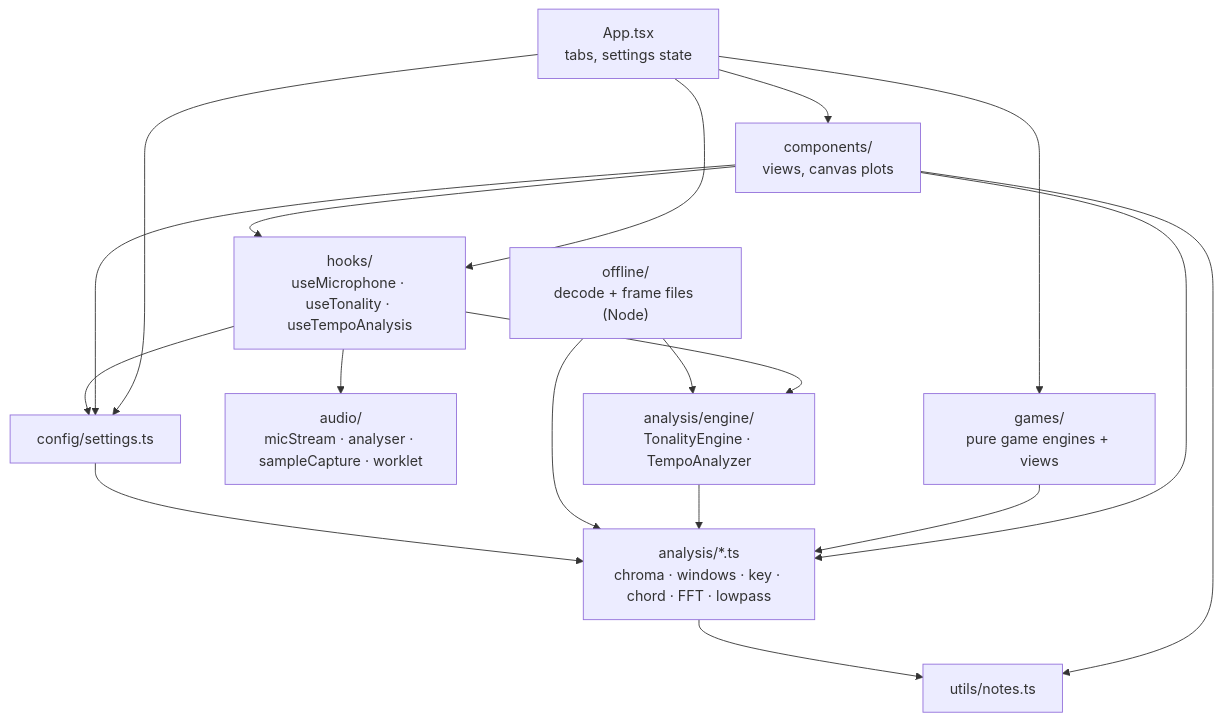
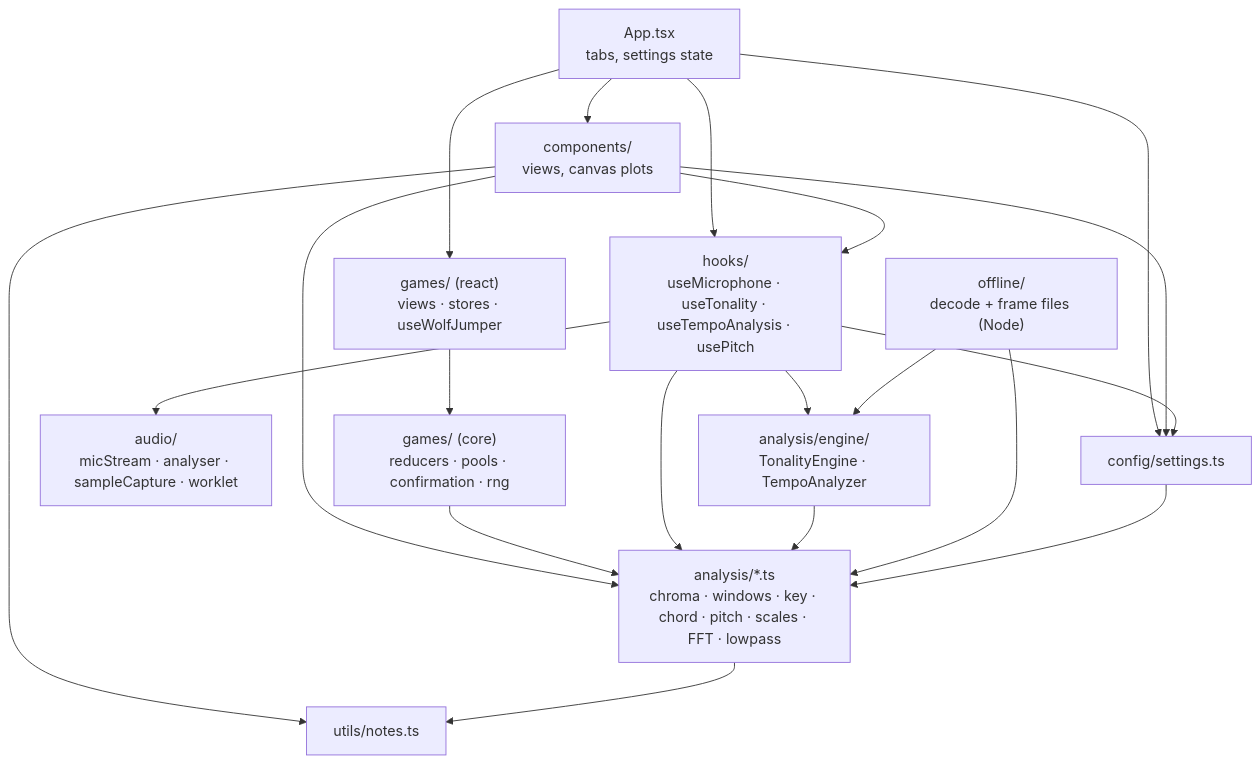
Before and after one commit to Dicdaplon/AudioLab: the second of 4 diagrams in docs/ARCHITECTURE.md, drawn with Mermaid. The commit also changed other lines of this file and 6 other files, not shown here.

````diff
--- a/docs/ARCHITECTURE.md
+++ b/docs/ARCHITECTURE.md
@@ -53,22 +60,24 @@
 ```mermaid
 flowchart TD
     App["App.tsx<br/>tabs, settings state"]
     Comp["components/<br/>views, canvas plots"]
-    Games["games/<br/>pure game engines + views"]
-    Hooks["hooks/<br/>useMicrophone · useTonality · useTempoAnalysis"]
+    Games["games/ (react)<br/>views · stores · useWolfJumper"]
+    GamesCore["games/ (core)<br/>reducers · pools · confirmation · rng"]
+    Hooks["hooks/<br/>useMicrophone · useTonality · useTempoAnalysis · usePitch"]
     Audio["audio/<br/>micStream · analyser · sampleCapture · worklet"]
     Engine["analysis/engine/<br/>TonalityEngine · TempoAnalyzer"]
-    DSP["analysis/*.ts<br/>chroma · windows · key · chord · FFT · lowpass"]
+    DSP["analysis/*.ts<br/>chroma · windows · key · chord · pitch · scales · FFT · lowpass"]
     Offline["offline/<br/>decode + frame files (Node)"]
     Config["config/settings.ts"]
     Notes["utils/notes.ts"]
 
     App --> Comp & Games & Hooks & Config
     Comp --> Hooks & Config & DSP & Notes
-    Games --> DSP
-    Hooks --> Audio & Engine & Config
+    Games --> GamesCore
+    GamesCore --> DSP
+    Hooks --> Audio & Engine & DSP & Config
     Engine --> DSP
     Offline --> Engine & DSP
     Config --> DSP
     DSP --> Notes
 ```
````
